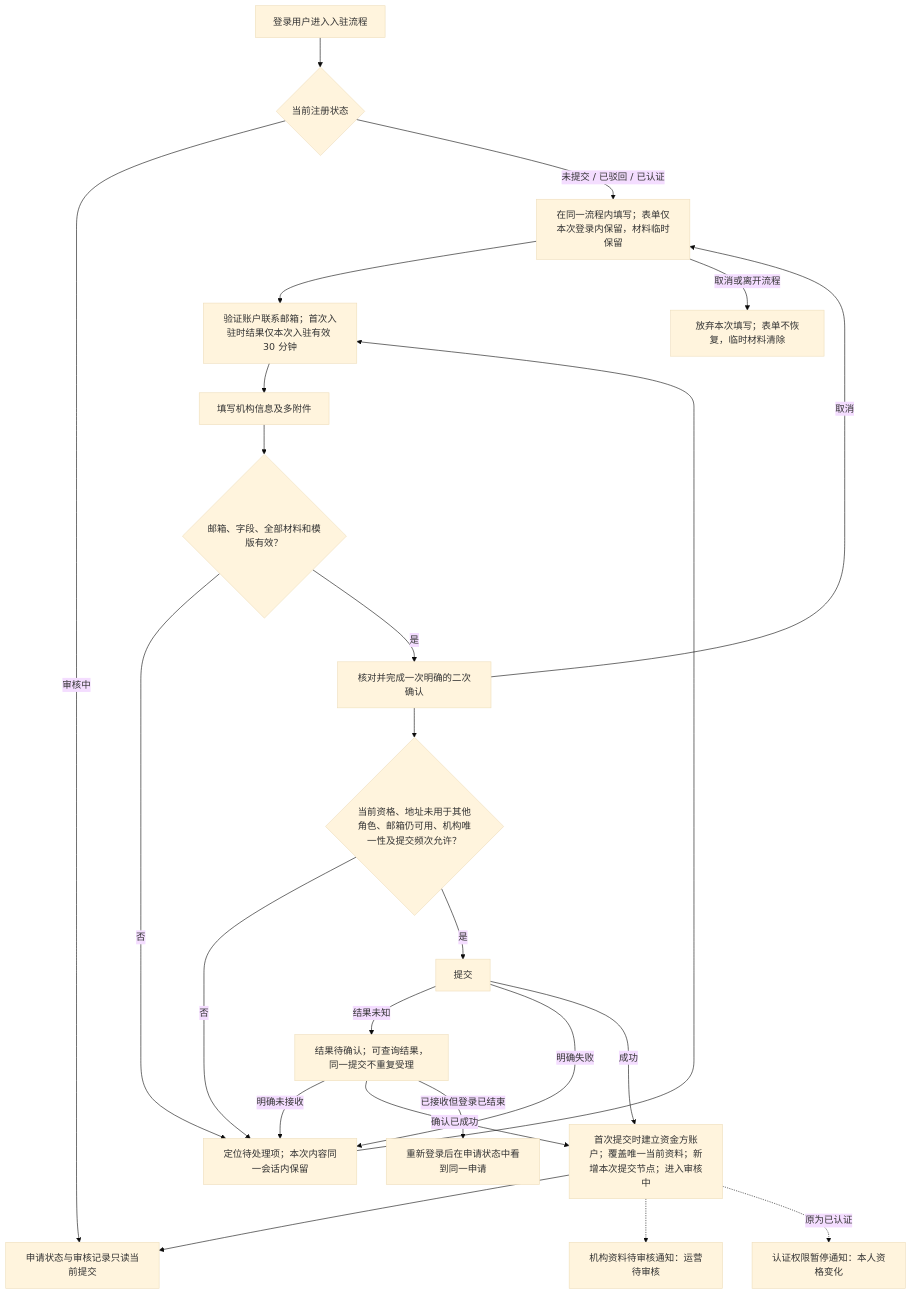
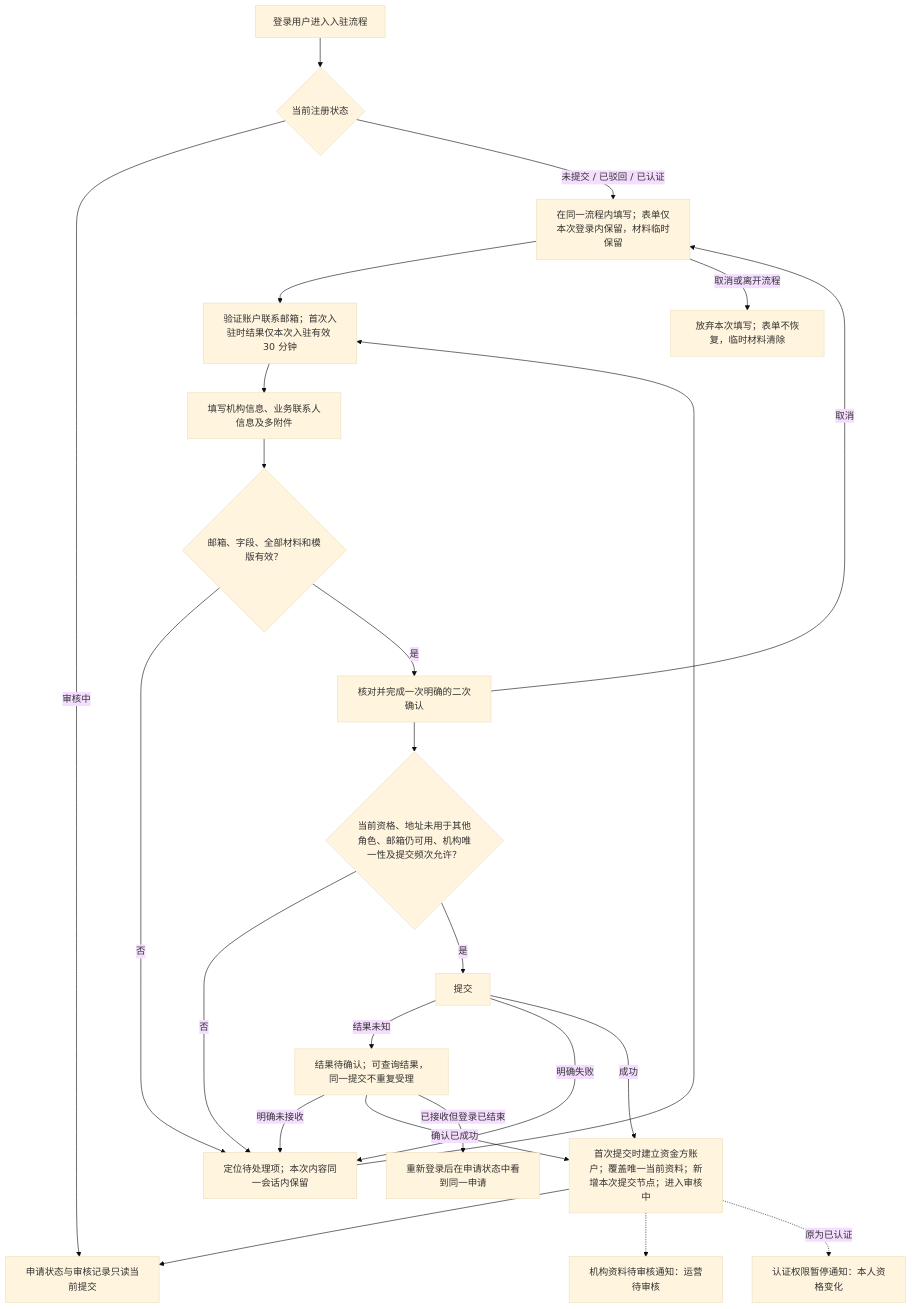
Before and after one commit to wxblockchain/Chain-Financing: the second of 9 diagrams in lending-platform/PRD/面客端/02-资金方登录与账户体系/02-资金方登录与账户体系-流程图与状态机.md, drawn with Mermaid (base theme). The commit also changed other lines of this file and 3 other files, not shown here.

````diff
--- a/lending-platform/PRD/面客端/02-资金方登录与账户体系/02-资金方登录与账户体系-流程图与状态机.md
+++ b/lending-platform/PRD/面客端/02-资金方登录与账户体系/02-资金方登录与账户体系-流程图与状态机.md
@@ -47,26 +47,26 @@
 ```mermaid
 flowchart TD
     A[登录用户进入入驻流程] --> B{当前注册状态}
     B -->|审核中| C[申请状态与审核记录只读当前提交]
     B -->|未提交 / 已驳回 / 已认证| D[在同一流程内填写；表单仅本次登录内保留，材料临时保留]
     D --> E[验证账户联系邮箱；首次入驻时结果仅本次入驻有效 30 分钟]
-    E --> F[填写机构信息及多附件]
+    E --> F[填写机构信息、业务联系人信息及多附件]
     F --> G{邮箱、字段、全部材料和模版有效？}
     G -->|否| H[定位待处理项；本次内容同一会话内保留]
     H --> E
     G -->|是| I[核对并完成一次明确的二次确认]
     I -->|取消| D
     D -->|取消或离开流程| X[放弃本次填写；表单不恢复，临时材料清除]
     I --> J{当前资格、地址未用于其他角色、邮箱仍可用、机构唯一性及提交频次允许？}
     J -->|否| H
     J -->|是| K[提交]
     K -->|结果未知| U[结果待确认；可查询结果，同一提交不重复受理]
     U -->|明确未接收| H
     U -->|确认已成功| L
     U -->|已接收但登录已结束| V[重新登录后在申请状态中看到同一申请]
     K -->|明确失败| H
     K -->|成功| L[首次提交时建立资金方账户；覆盖唯一当前资料；新增本次提交节点；进入审核中]
     L --> C
     L -.-> O[机构资料待审核通知：运营待审核]
     L -.原为已认证.-> P[认证权限暂停通知：本人资格变化]
 ```
````
